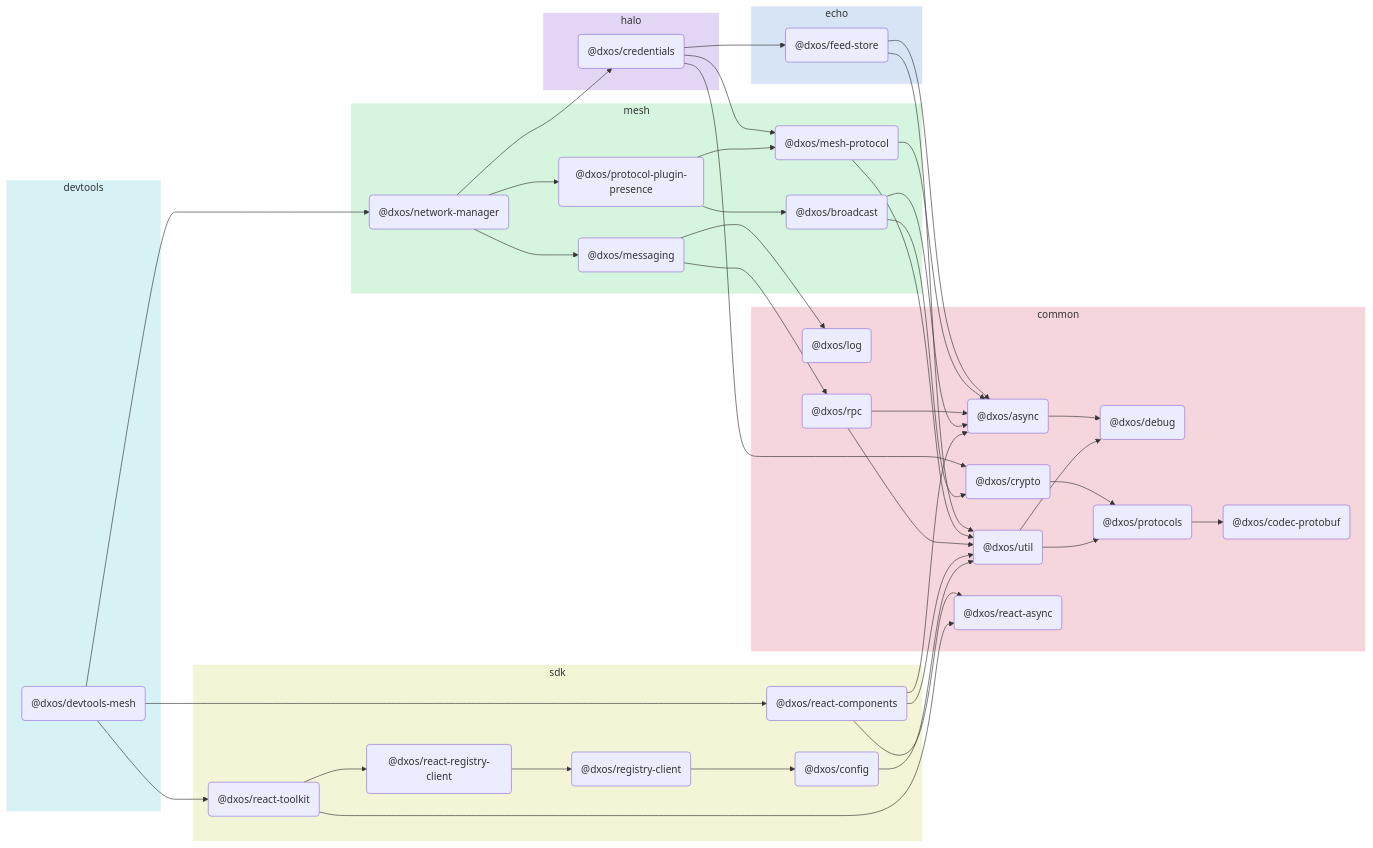
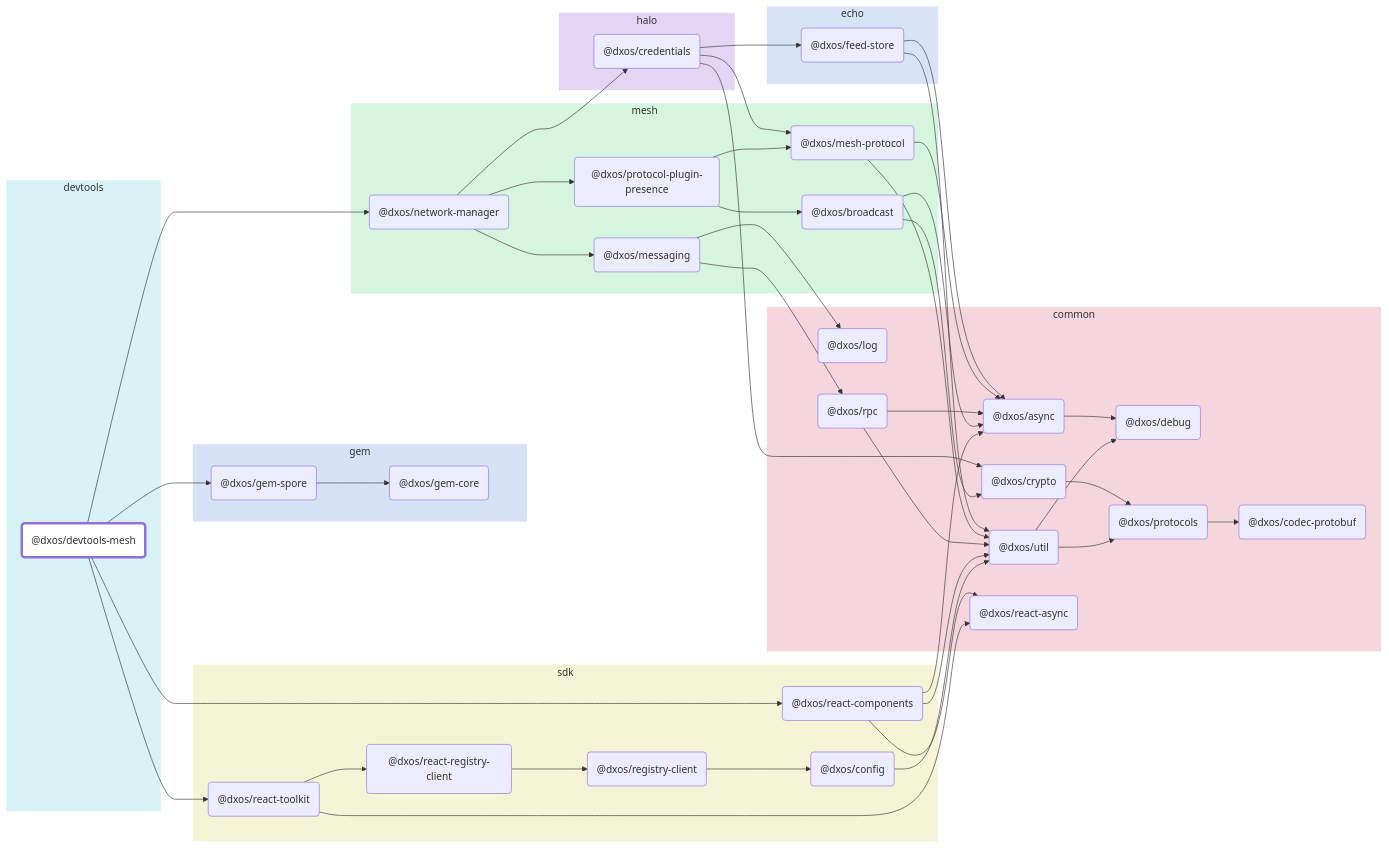
Before and after one commit to dxos/dxos: the diagram in packages/devtools/devtools-mesh/docs/README.md, drawn with Mermaid. The commit also changed other lines of this file and 88 other files, not shown here.

````diff
--- a/packages/devtools/devtools-mesh/docs/README.md
+++ b/packages/devtools/devtools-mesh/docs/README.md
@@ -5,5 +7,28 @@
 ```mermaid
 flowchart LR;
+
+style dxos/devtools-mesh fill:#fff,stroke-width:4px;
+
+click dxos/debug "https:/github.com/dxos/dxos/tree/main/packages/common/debug/docs";
+click dxos/gem-core "https:/github.com/dxos/dxos/tree/main/packages/gem/gem-core/docs";
+click dxos/gem-spore "https:/github.com/dxos/dxos/tree/main/packages/gem/gem-spore/docs";
+click dxos/network-manager "https:/github.com/dxos/dxos/tree/main/packages/mesh/network-manager/docs";
+click dxos/async "https:/github.com/dxos/dxos/tree/main/packages/common/async/docs";
+click dxos/codec-protobuf "https:/github.com/dxos/dxos/tree/main/packages/common/codec-protobuf/docs";
+click dxos/credentials "https:/github.com/dxos/dxos/tree/main/packages/halo/credentials/docs";
+click dxos/crypto "https:/github.com/dxos/dxos/tree/main/packages/common/crypto/docs";
+click dxos/log "https:/github.com/dxos/dxos/tree/main/packages/common/log/docs";
+click dxos/mesh-protocol "https:/github.com/dxos/dxos/tree/main/packages/mesh/mesh-protocol/docs";
+click dxos/messaging "https:/github.com/dxos/dxos/tree/main/packages/mesh/messaging/docs";
+click dxos/protocol-plugin-presence "https:/github.com/dxos/dxos/tree/main/packages/mesh/protocol-plugin-presence/docs";
+click dxos/protocols "https:/github.com/dxos/dxos/tree/main/packages/common/protocols/docs";
+click dxos/rpc "https:/github.com/dxos/dxos/tree/main/packages/common/rpc/docs";
+click dxos/util "https:/github.com/dxos/dxos/tree/main/packages/common/util/docs";
+click dxos/broadcast "https:/github.com/dxos/dxos/tree/main/packages/mesh/broadcast/docs";
+click dxos/react-components "https:/github.com/dxos/dxos/tree/main/packages/sdk/react-components/docs";
+click dxos/react-async "https:/github.com/dxos/dxos/tree/main/packages/common/react-async/docs";
+click dxos/react-toolkit "https:/github.com/dxos/dxos/tree/main/packages/sdk/react-toolkit/docs";
+click dxos/react-registry-client "https:/github.com/dxos/dxos/tree/main/packages/sdk/react-registry-client/docs";
 
 subgraph devtools
   style devtools fill:#d6f2f5,stroke:#fff;
@@ -21,6 +46,12 @@
   dxos/log("@dxos/log");
   dxos/rpc("@dxos/rpc");
   dxos/react-async("@dxos/react-async");
+end
+
+subgraph gem
+  style gem fill:#d6e2f5,stroke:#fff;
+  dxos/gem-core("@dxos/gem-core");
+  dxos/gem-spore("@dxos/gem-spore");
 end
 
 subgraph mesh
@@ -51,6 +82,8 @@
   dxos/registry-client("@dxos/registry-client");
 end
 
+dxos/devtools-mesh --> dxos/gem-spore;
+dxos/gem-spore --> dxos/gem-core;
 dxos/devtools-mesh --> dxos/network-manager;
 dxos/async --> dxos/debug;
 dxos/network-manager --> dxos/credentials;
````
